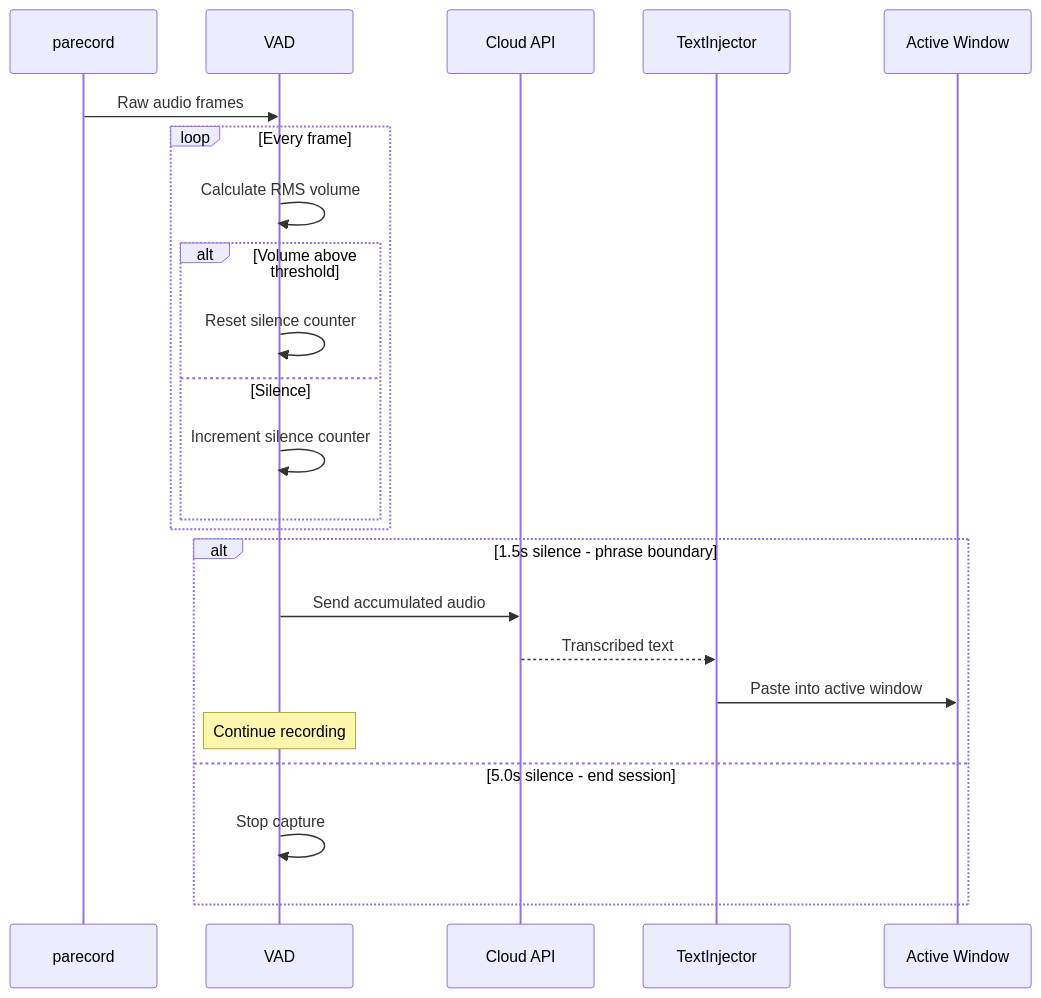
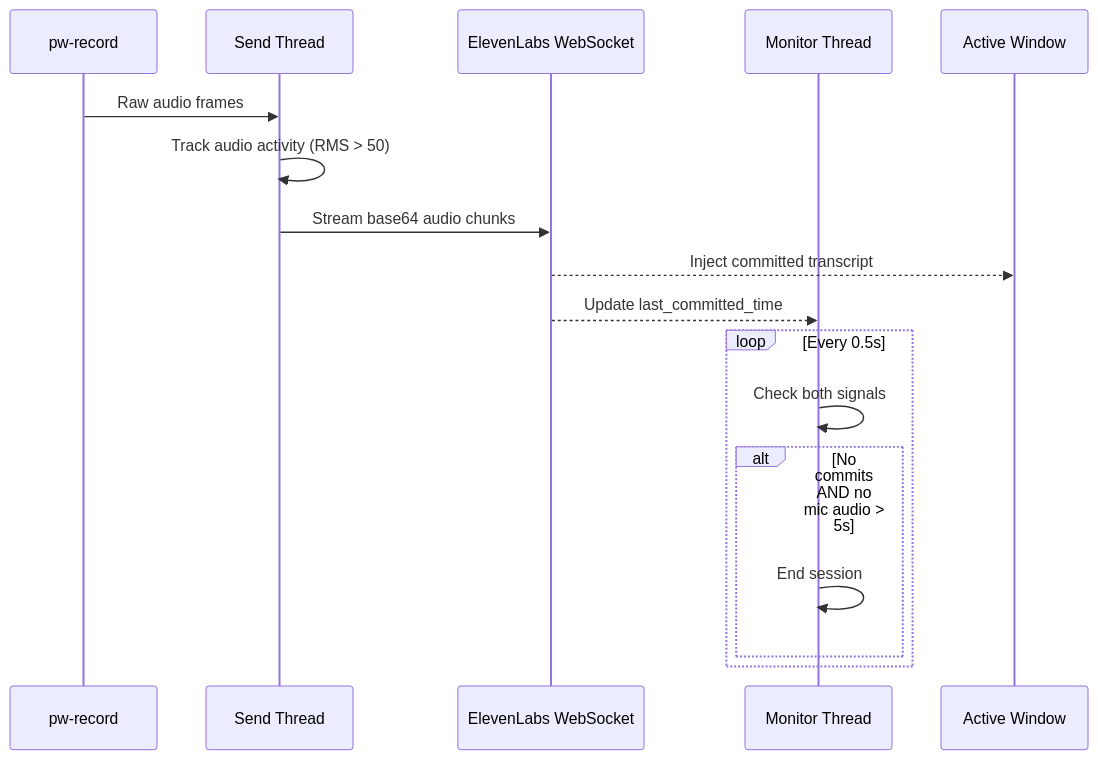
Before and after one commit to lttr/realtime-transcript-linux: the fourth of 5 diagrams in ARCHITECTURE.md, drawn with Mermaid. The commit also changed other lines of this file and 2 other files, not shown here.

First line of the commit message:
docs: update architecture for current stack, fix AssemblyAI pipeline description

````diff
--- a/ARCHITECTURE.md
+++ b/ARCHITECTURE.md
@@ -60,27 +88,21 @@
 ```mermaid
 sequenceDiagram
-    participant Mic as parecord
-    participant VAD as VAD
-    participant API as Cloud API
-    participant Inj as TextInjector
+    participant Mic as pw-record
+    participant Send as Send Thread
+    participant WS as ElevenLabs WebSocket
+    participant Mon as Monitor Thread
     participant Win as Active Window
 
-    Mic->>VAD: Raw audio frames
-    loop Every frame
-        VAD->>VAD: Calculate RMS volume
-        alt Volume above threshold
-            VAD->>VAD: Reset silence counter
-        else Silence
-            VAD->>VAD: Increment silence counter
+    Mic->>Send: Raw audio frames
+    Send->>Send: Track audio activity (RMS > 50)
+    Send->>WS: Stream base64 audio chunks
+    WS-->>Win: Inject committed transcript
+    WS-->>Mon: Update last_committed_time
+
+    loop Every 0.5s
+        Mon->>Mon: Check both signals
+        alt No commits AND no mic audio > 5s
+            Mon->>Mon: End session
         end
     end
-
-    alt 1.5s silence - phrase boundary
-        VAD->>API: Send accumulated audio
-        API-->>Inj: Transcribed text
-        Inj->>Win: Paste into active window
-        Note over VAD: Continue recording
-    else 5.0s silence - end session
-        VAD->>VAD: Stop capture
-    end
 ```
````
